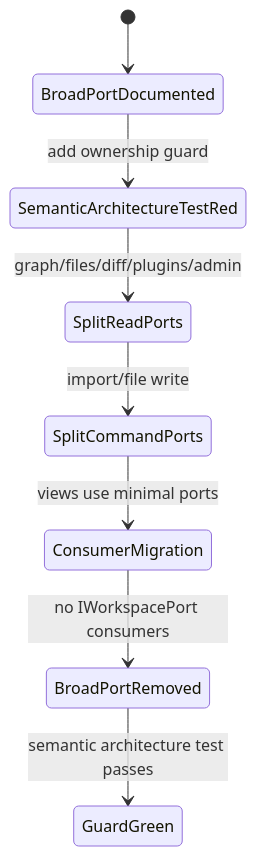
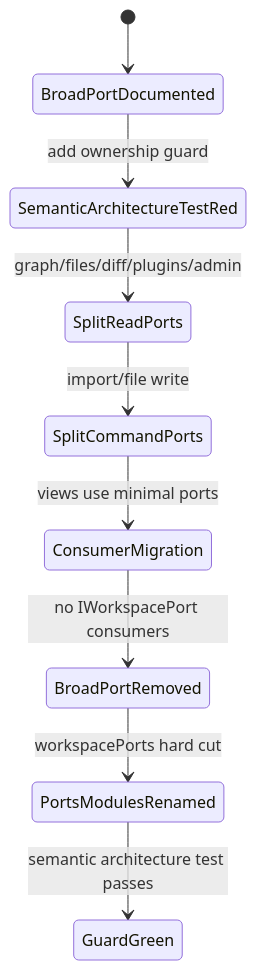
The third of 3 diagrams in docs/architecture/components/web/workspace/workspace-port-decomposition-component.md (dunay2/dvt), drawn with Mermaid before and after one commit. The commit also changed other lines of this file and 57 other files, not shown here.

Commit message:
refactor(web): Split workspace ports by capability

````diff
--- a/docs/architecture/components/web/workspace/workspace-port-decomposition-component.md
+++ b/docs/architecture/components/web/workspace/workspace-port-decomposition-component.md
@@ -107,10 +107,11 @@
 ```mermaid
 stateDiagram-v2
   [*] --> BroadPortDocumented
   BroadPortDocumented --> SemanticArchitectureTestRed: add ownership guard
   SemanticArchitectureTestRed --> SplitReadPorts: graph/files/diff/plugins/admin
   SplitReadPorts --> SplitCommandPorts: import/file write
   SplitCommandPorts --> ConsumerMigration: views use minimal ports
   ConsumerMigration --> BroadPortRemoved: no IWorkspacePort consumers
-  BroadPortRemoved --> GuardGreen: semantic architecture test passes
+  BroadPortRemoved --> PortsModulesRenamed: workspacePorts hard cut
+  PortsModulesRenamed --> GuardGreen: semantic architecture test passes
 ```
````
